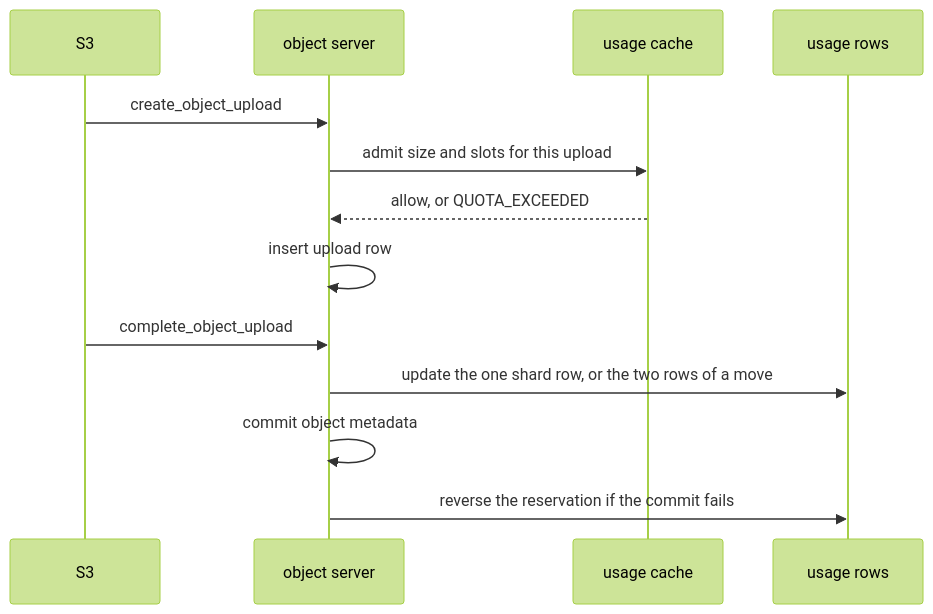
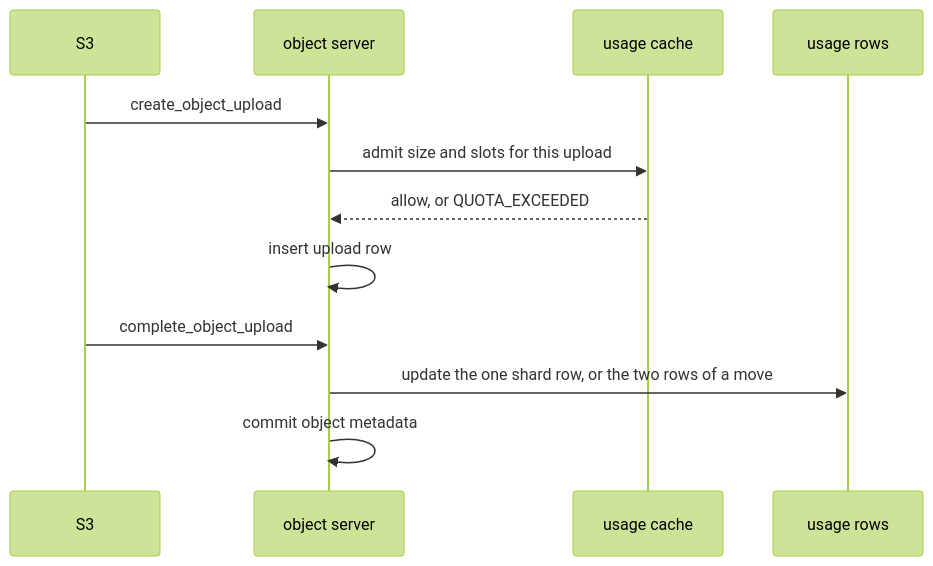
The second of 2 diagrams in docs/design/strict-quota.md (noobaa/noobaa-core), drawn with Mermaid (forest theme) before and after one commit. The commit also changed other lines of this file, not shown here.

````diff
--- a/docs/design/strict-quota.md
+++ b/docs/design/strict-quota.md
@@ -272,16 +293,15 @@
 ```mermaid
 sequenceDiagram
     participant S3
     participant OS as object server
     participant Cache as usage cache
     participant DB as usage rows
 
     S3->>OS: create_object_upload
     OS->>Cache: admit size and slots for this upload
     Cache-->>OS: allow, or QUOTA_EXCEEDED
     OS->>OS: insert upload row
     S3->>OS: complete_object_upload
     OS->>DB: update the one shard row, or the two rows of a move
     OS->>OS: commit object metadata
-    OS->>DB: reverse the reservation if the commit fails
 ```
````
